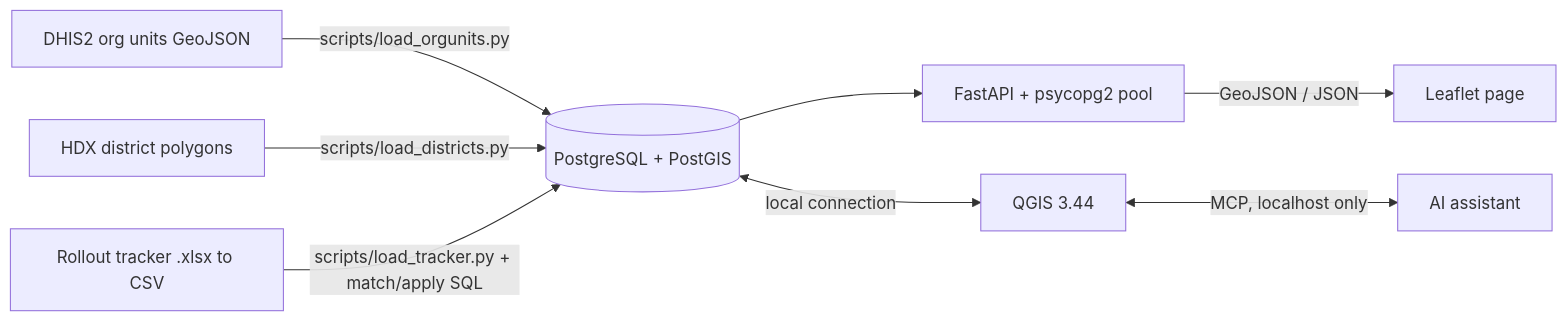
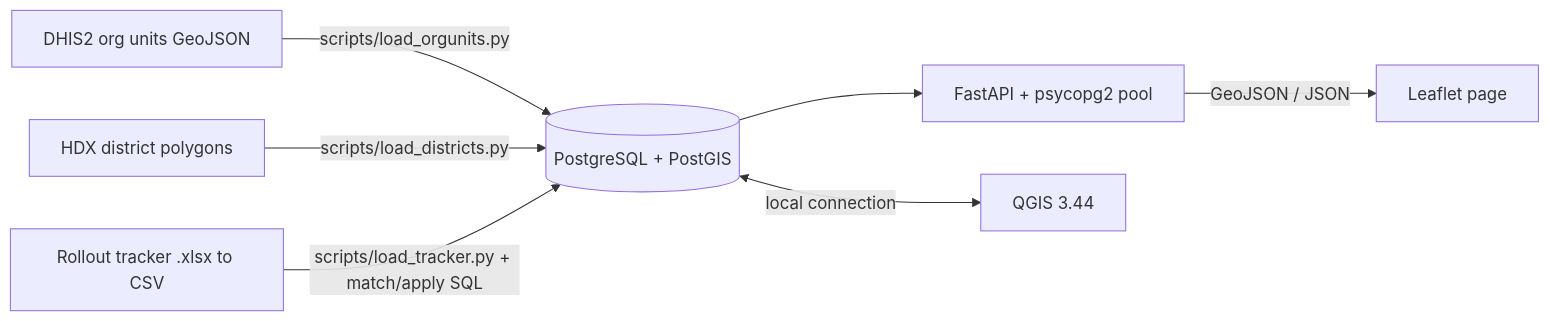
Before and after one commit to evance-mose/FacilityGeo-Malawi: the diagram in README.md, drawn with Mermaid. The commit also changed 1 other file, not shown here.

Commit message:
Update README.md to remove outdated reference to MCP and clarify QGIS export instructions in compare_qgis_checks.py for improved accuracy.

````diff
--- a/README.md
+++ b/README.md
@@ -20,10 +20,9 @@
 ```mermaid
 flowchart LR
     A[DHIS2 org units GeoJSON] -->|scripts/load_orgunits.py| P[(PostgreSQL + PostGIS)]
     B[HDX district polygons] -->|scripts/load_districts.py| P
     C[Rollout tracker .xlsx to CSV] -->|scripts/load_tracker.py + match/apply SQL| P
     P --> F[FastAPI + psycopg2 pool]
     F -->|GeoJSON / JSON| L[Leaflet page]
     P <-->|local connection| Q[QGIS 3.44]
-    Q <-->|MCP, localhost only| M[AI assistant]
 ```
````
